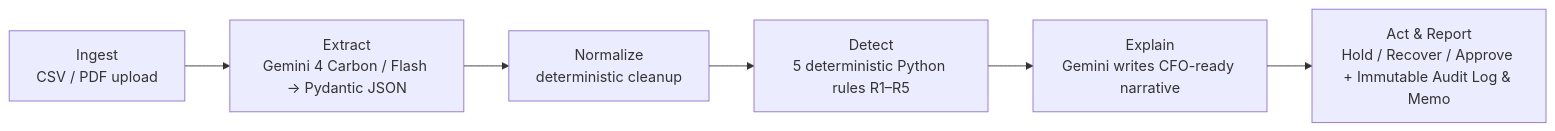
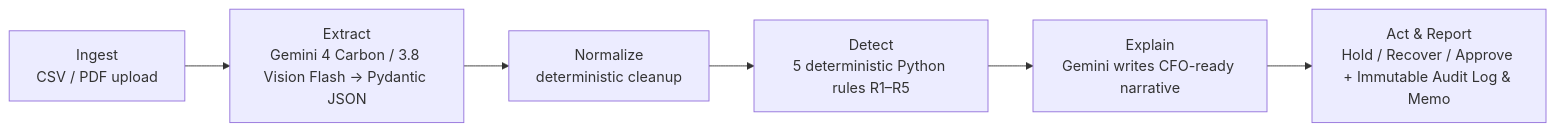
The diagram in README.md (naughtynova69/LedgerLens-project), drawn with Mermaid before and after one commit. The commit also changed other lines of this file, not shown here.

Commit message:
docs: update README.md with Gemini 3.8 Vision Flash

````diff
--- a/README.md
+++ b/README.md
@@ -49,8 +49,8 @@
 ```mermaid
 flowchart LR
-    A["Ingest<br/>CSV / PDF upload"] --> B["Extract<br/>Gemini 4 Carbon / Flash → Pydantic JSON"]
+    A["Ingest<br/>CSV / PDF upload"] --> B["Extract<br/>Gemini 4 Carbon / 3.8 Vision Flash → Pydantic JSON"]
     B --> C["Normalize<br/>deterministic cleanup"]
     C --> D["Detect<br/>5 deterministic Python rules R1–R5"]
     D --> E["Explain<br/>Gemini writes CFO-ready narrative"]
     E --> F["Act & Report<br/>Hold / Recover / Approve + Immutable Audit Log & Memo"]
 ```
````
